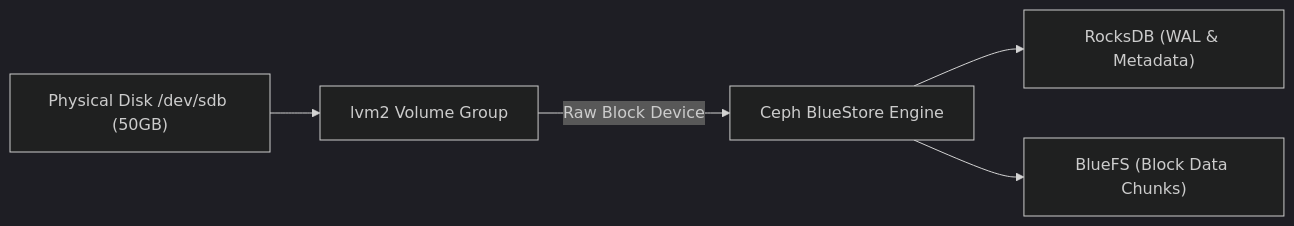
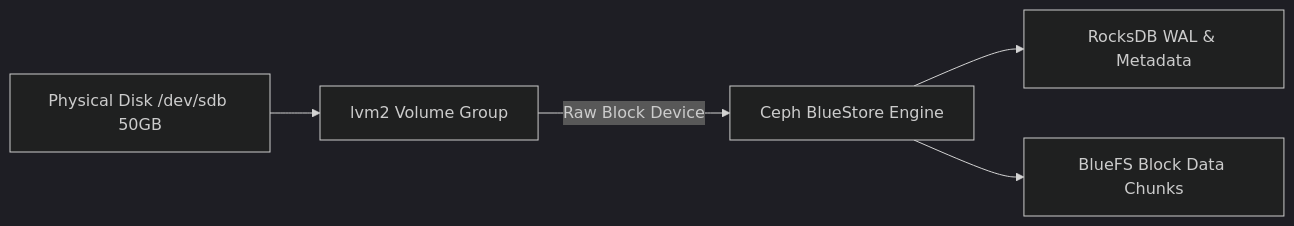
The ninth of 14 diagrams in nfs-cluster/HA-NFS-Ceph-Architecture-Guide.md (seang454/nfs-cluster), drawn with Mermaid (dark theme) before and after one commit. The commit also changed other lines of this file, not shown here.

````diff
--- a/nfs-cluster/HA-NFS-Ceph-Architecture-Guide.md
+++ b/nfs-cluster/HA-NFS-Ceph-Architecture-Guide.md
@@ -260,7 +324,7 @@
 ```mermaid
 flowchart LR
-    RawDisk["Physical Disk /dev/sdb (50GB)"] --> LVM["lvm2 Volume Group"]
-    LVM -->|Raw Block Device| BlueStore["Ceph BlueStore Engine"]
-    BlueStore --> RocksDB["RocksDB (WAL & Metadata)"]
-    BlueStore --> BlueFS["BlueFS (Block Data Chunks)"]
+    RawDisk["Physical Disk /dev/sdb 50GB"] --> LVM["lvm2 Volume Group"]
+    LVM -->|"Raw Block Device"| BlueStore["Ceph BlueStore Engine"]
+    BlueStore --> RocksDB["RocksDB WAL & Metadata"]
+    BlueStore --> BlueFS["BlueFS Block Data Chunks"]
 ```
````
